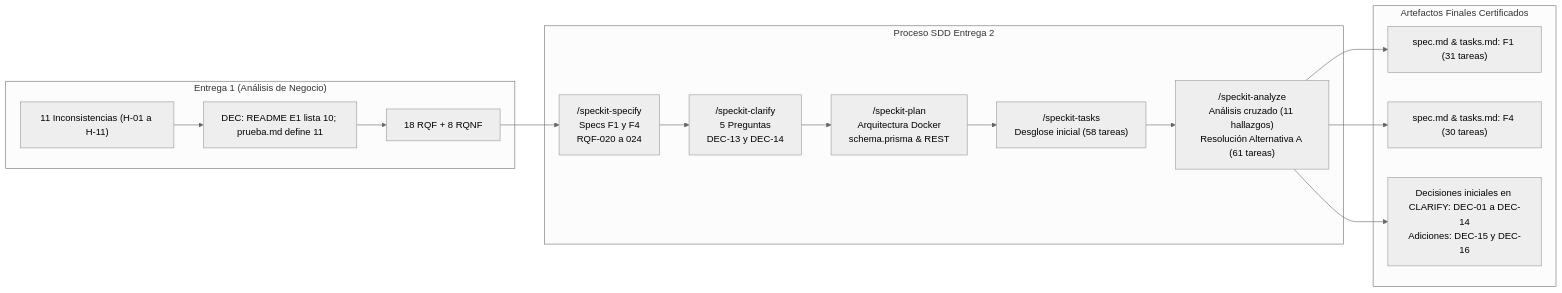
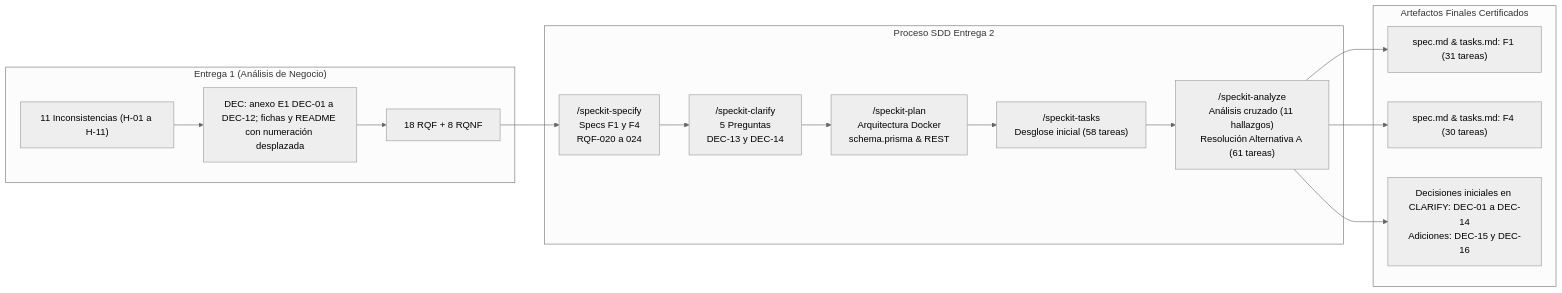
The diagram in docs/entrega2/README.md (Frxnks/Entregas_DSLLMs), drawn with Mermaid (neutral theme) before and after one commit. The commit also changed other lines of this file and 4 other files, not shown here.

````diff
--- a/docs/entrega2/README.md
+++ b/docs/entrega2/README.md
@@ -52,21 +52,21 @@
 ```mermaid
 graph LR
     subgraph E1["Entrega 1 (Análisis de Negocio)"]
-        H["11 Inconsistencias (H-01 a H-11)"] --> D["DEC: README E1 lista 10; prueba.md define 11"]
+        H["11 Inconsistencias (H-01 a H-11)"] --> D["DEC: anexo E1 DEC-01 a DEC-12; fichas y README con numeración desplazada"]
         D --> R["18 RQF + 8 RQNF"]
     end
 
     subgraph SDD["Proceso SDD Entrega 2"]
         R --> SPEC["/speckit-specify<br>Specs F1 y F4<br>RQF-020 a 024"]
         SPEC --> CLAR["/speckit-clarify<br>5 Preguntas<br>DEC-13 y DEC-14"]
         CLAR --> PLAN["/speckit-plan<br>Arquitectura Docker<br>schema.prisma & REST"]
         PLAN --> TASKS["/speckit-tasks<br>Desglose inicial (58 tareas)"]
         TASKS --> ANA["/speckit-analyze<br>Análisis cruzado (11 hallazgos)<br>Resolución Alternativa A (61 tareas)"]
     end
 
     subgraph E2["Artefactos Finales Certificados"]
         ANA --> SP1["spec.md & tasks.md: F1 (31 tareas)"]
         ANA --> SP4["spec.md & tasks.md: F4 (30 tareas)"]
         ANA --> DEC["Decisiones iniciales en CLARIFY: DEC-01 a DEC-14<br>Adiciones: DEC-15 y DEC-16"]
     end
 ```
````
